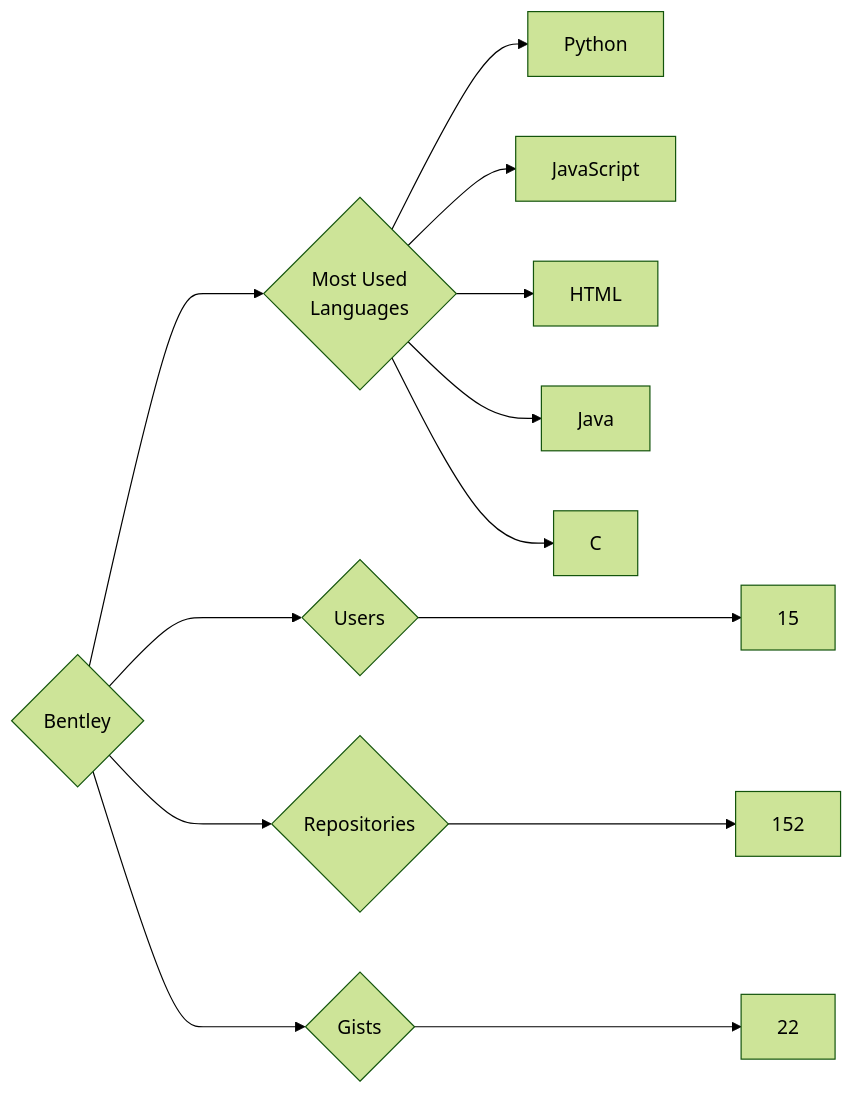
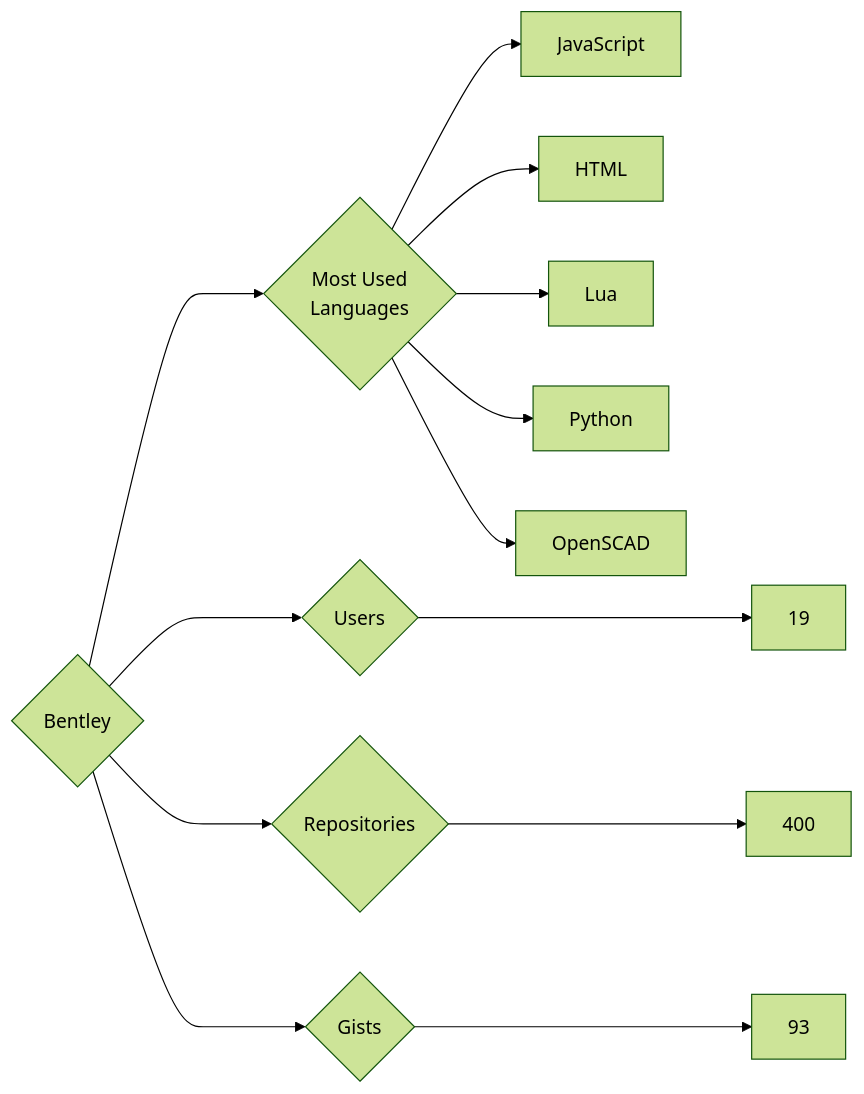
One commit to trickest/insiders changed the diagram in targets/Bentley/README.md. Above: the diagram before and after it, drawn with Mermaid (forest theme). The commit also changed 873 other files, not shown here.

````diff
--- a/targets/Bentley/README.md
+++ b/targets/Bentley/README.md
@@ -3,13 +3,13 @@
 ```mermaid
 graph LR
 COMPANY_NAME{Bentley}
-COMPANY_NAME ---> U{Users} ---> UN[15]
-COMPANY_NAME ---> R{Repositories} ---> RN[152]
-COMPANY_NAME ---> G{Gists} ---> GN[22]
+COMPANY_NAME ---> U{Users} ---> UN[19]
+COMPANY_NAME ---> R{Repositories} ---> RN[400]
+COMPANY_NAME ---> G{Gists} ---> GN[93]
 COMPANY_NAME ---> ML{Most Used<br>Languages}
-ML --> Python[Python]
 ML --> JavaScript[JavaScript]
 ML --> HTML[HTML]
-ML --> Java[Java]
-ML --> C[C]
+ML --> Lua[Lua]
+ML --> Python[Python]
+ML --> OpenSCAD[OpenSCAD]
 ```
````
